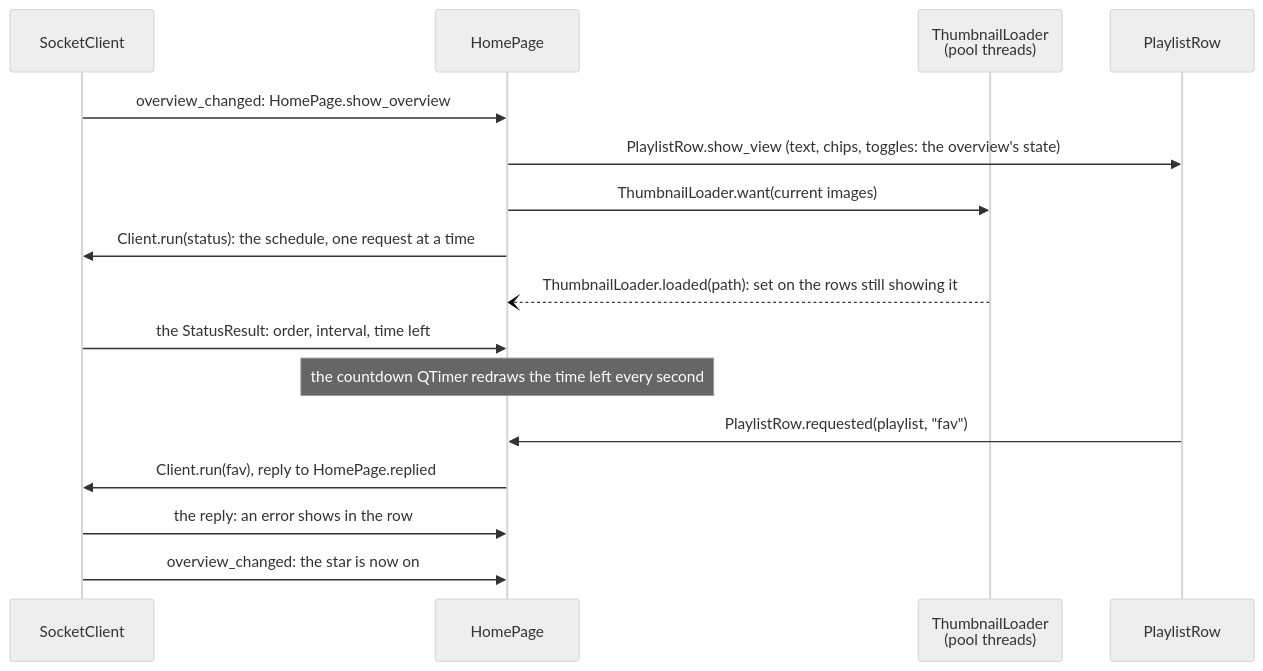
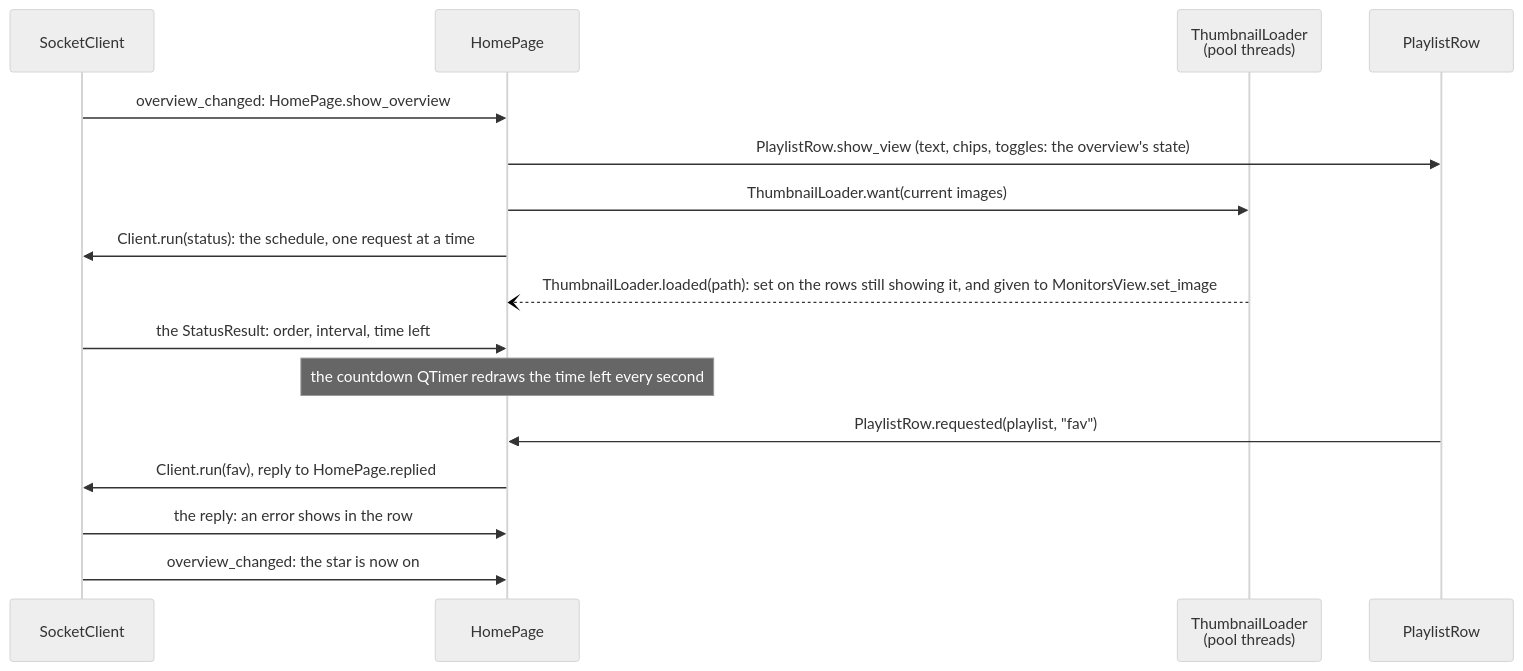
One commit to cheshire0xff/wallpaper_py changed the sixth of 7 diagrams in docs/app-wiring.md. Above: the diagram before and after it, drawn with Mermaid (neutral theme). The commit also changed other lines of this file and 16 other files, not shown here.

````diff
--- a/docs/app-wiring.md
+++ b/docs/app-wiring.md
@@ -312,19 +314,19 @@
 ```mermaid
 sequenceDiagram
     participant C as SocketClient
     participant L as HomePage
     participant T as ThumbnailLoader<br/>(pool threads)
     participant P as PlaylistRow
 
     C->>L: overview_changed: HomePage.show_overview
     L->>P: PlaylistRow.show_view (text, chips, toggles: the overview's state)
     L->>T: ThumbnailLoader.want(current images)
     L->>C: Client.run(status): the schedule, one request at a time
-    T--)L: ThumbnailLoader.loaded(path): set on the rows still showing it
+    T--)L: ThumbnailLoader.loaded(path): set on the rows still showing it, and given to MonitorsView.set_image
     C->>L: the StatusResult: order, interval, time left
     Note over L: the countdown QTimer redraws the time left every second
     P->>L: PlaylistRow.requested(playlist, "fav")
     L->>C: Client.run(fav), reply to HomePage.replied
     C->>L: the reply: an error shows in the row
     C->>L: overview_changed: the star is now on
 ```
````
